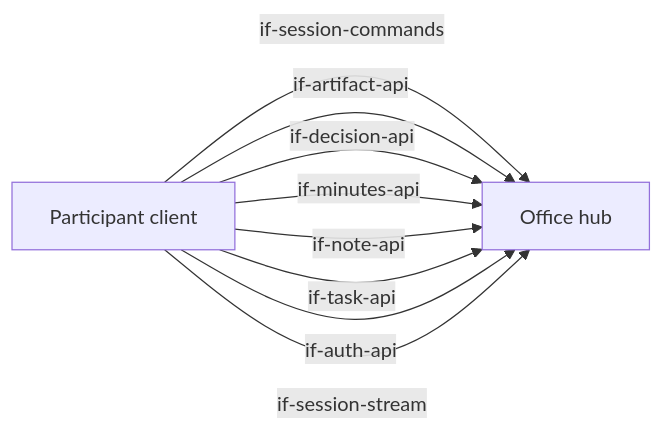
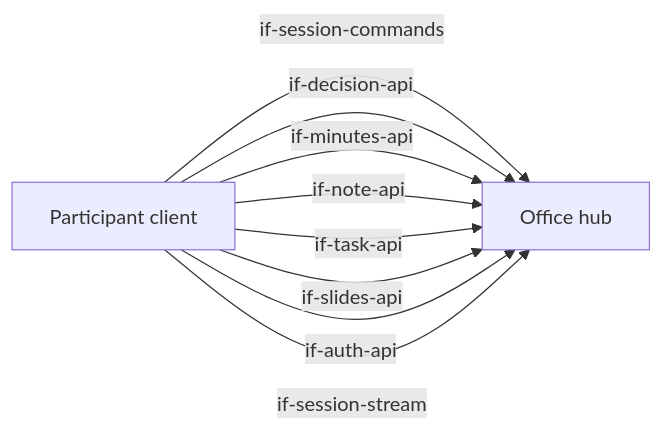
The first of 3 diagrams in docs/architecture/05-building-blocks.arc42.md (mrsimpson/agentic-office), drawn with Mermaid before and after one commit. The commit also changed other lines of this file and 40 other files, not shown here.

````diff
--- a/docs/architecture/05-building-blocks.arc42.md
+++ b/docs/architecture/05-building-blocks.arc42.md
@@ -24,13 +24,13 @@
 ```mermaid
 flowchart LR
     bb_office_hub[Office hub]
     bb_participant_client[Participant client]
     bb_participant_client -->|if-session-commands| bb_office_hub
-    bb_participant_client -->|if-artifact-api| bb_office_hub
     bb_participant_client -->|if-decision-api| bb_office_hub
     bb_participant_client -->|if-minutes-api| bb_office_hub
     bb_participant_client -->|if-note-api| bb_office_hub
     bb_participant_client -->|if-task-api| bb_office_hub
+    bb_participant_client -->|if-slides-api| bb_office_hub
     bb_participant_client -->|if-auth-api| bb_office_hub
     bb_participant_client -->|if-session-stream| bb_office_hub
 ```
````
